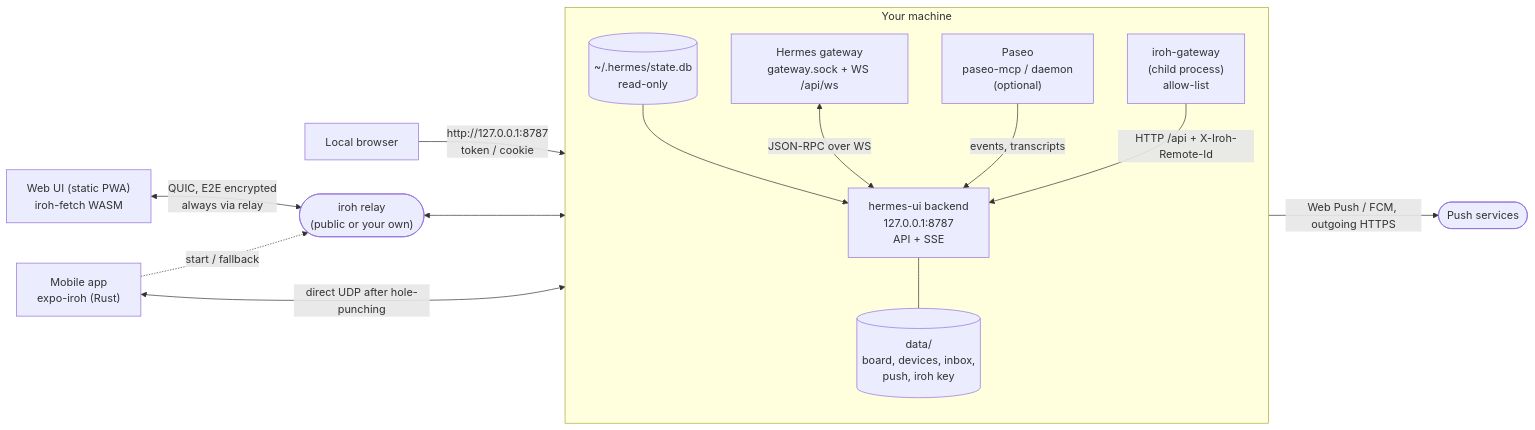
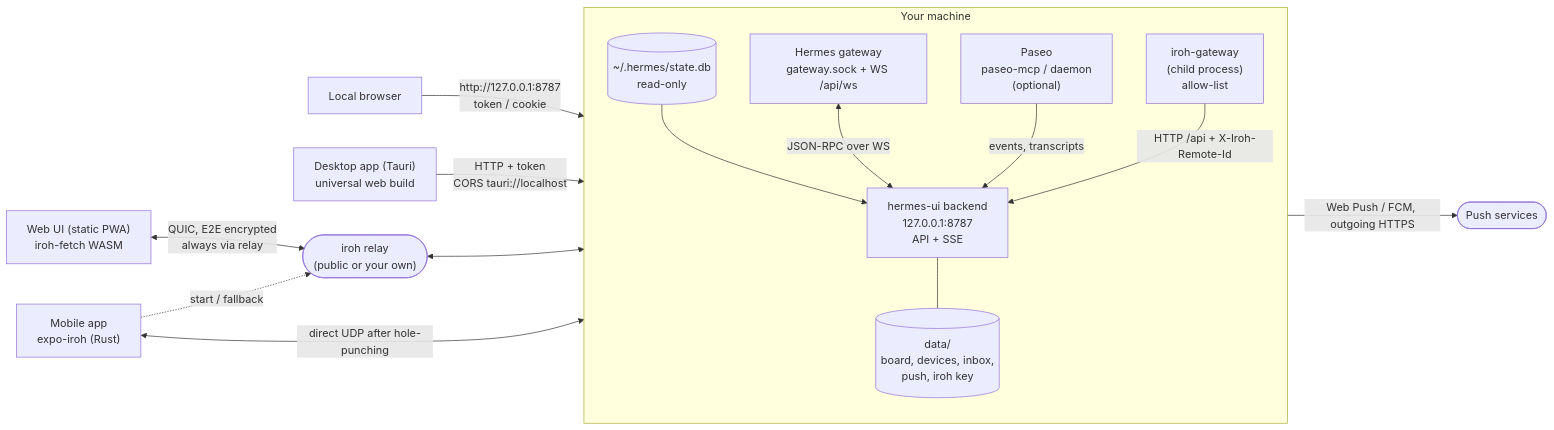
One commit to MaxGierlachowski/hermes-ui changed the diagram in docs/architecture.md. Above: the diagram before and after it, drawn with Mermaid. The commit also changed other lines of this file and 15 other files, not shown here.

First line of the commit message:
docs: universal app spike (ADR 0012 with measurements and parity), desktop app, releasing for macOS

````diff
--- a/docs/architecture.md
+++ b/docs/architecture.md
@@ -17,26 +17,27 @@
 ```mermaid
 flowchart LR
   subgraph host["Your machine"]
     direction TB
     statedb[("~/.hermes/state.db<br/>read-only")]
     hgw["Hermes gateway<br/>gateway.sock + WS /api/ws"]
     paseo["Paseo<br/>paseo-mcp / daemon<br/>(optional)"]
     backend["hermes-ui backend<br/>127.0.0.1:8787<br/>API + SSE"]
     data[("data/<br/>board, devices, inbox,<br/>push, iroh key")]
     igw["iroh-gateway<br/>(child process)<br/>allow-list"]
     statedb --> backend
     hgw <-->|JSON-RPC over WS| backend
     paseo -->|events, transcripts| backend
     backend --- data
     igw -->|HTTP /api + X-Iroh-Remote-Id| backend
   end
   local["Local browser"] -->|http://127.0.0.1:8787<br/>token / cookie| backend
+  desk["Desktop app (Tauri)<br/>universal web build"] -->|HTTP + token<br/>CORS tauri://localhost| backend
   relay(["iroh relay<br/>(public or your own)"])
   web["Web UI (static PWA)<br/>iroh-fetch WASM"]
   app["Mobile app<br/>expo-iroh (Rust)"]
   web <-->|QUIC, E2E encrypted<br/>always via relay| relay
   relay <--> igw
   app <-->|direct UDP after hole-punching| igw
   app -.->|start / fallback| relay
   backend -->|Web Push / FCM, outgoing HTTPS| pushsvc(["Push services"])
 ```
````
